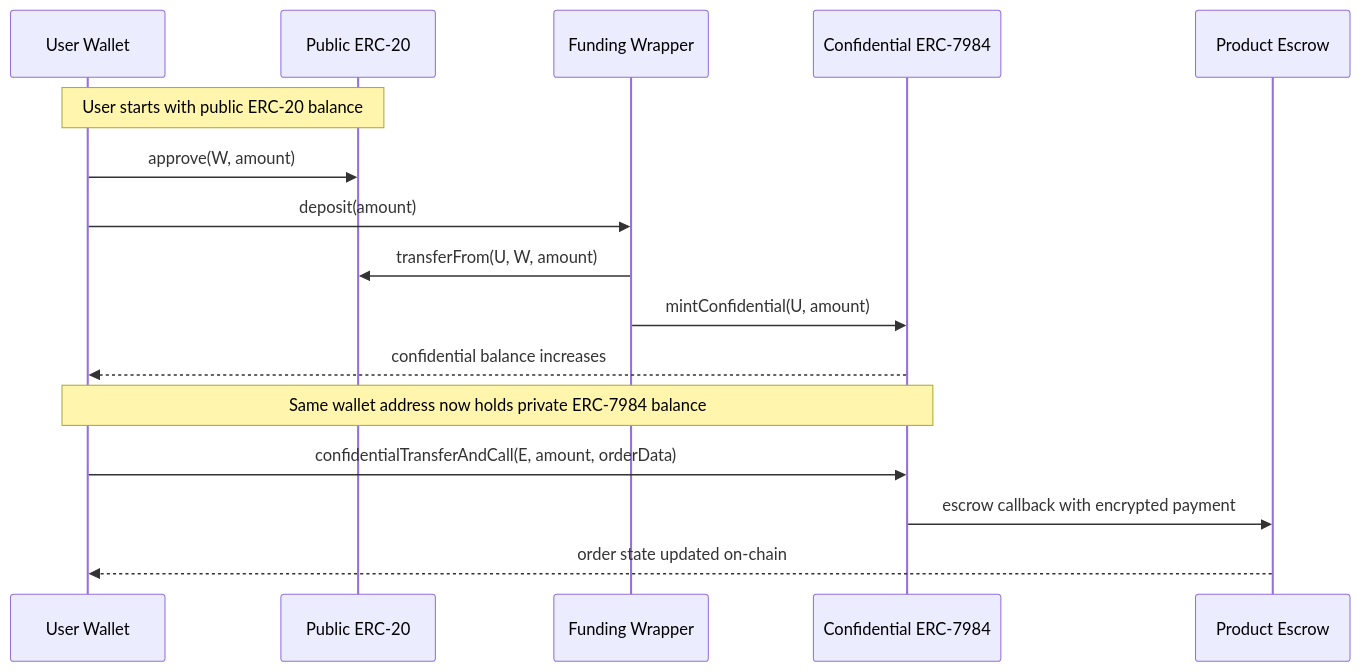
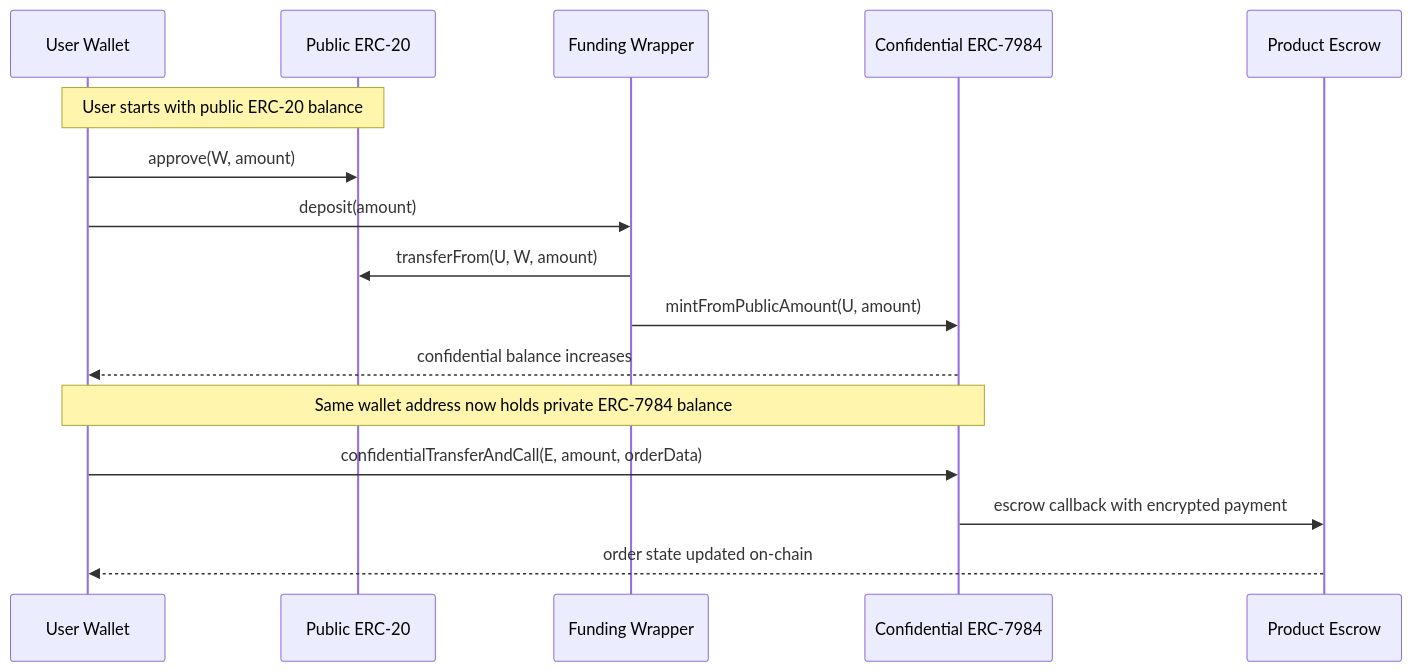
Before and after one commit to Elmenn/ev-battery-supplychain: the first of 2 diagrams in docs/erc7984-spike/06-confidential-funding-wrapper-flow.md, drawn with Mermaid. The commit also changed other lines of this file and 102 other files, not shown here.

````diff
--- a/docs/erc7984-spike/06-confidential-funding-wrapper-flow.md
+++ b/docs/erc7984-spike/06-confidential-funding-wrapper-flow.md
@@ -71,22 +71,22 @@
 ```mermaid
 sequenceDiagram
     participant U as User Wallet
     participant P as Public ERC-20
     participant W as Funding Wrapper
     participant C as Confidential ERC-7984
     participant E as Product Escrow
 
     Note over U,P: User starts with public ERC-20 balance
 
     U->>P: approve(W, amount)
     U->>W: deposit(amount)
     W->>P: transferFrom(U, W, amount)
-    W->>C: mintConfidential(U, amount)
+    W->>C: mintFromPublicAmount(U, amount)
     C-->>U: confidential balance increases
 
     Note over U,C: Same wallet address now holds private ERC-7984 balance
 
     U->>C: confidentialTransferAndCall(E, amount, orderData)
     C->>E: escrow callback with encrypted payment
     E-->>U: order state updated on-chain
 ```
````
